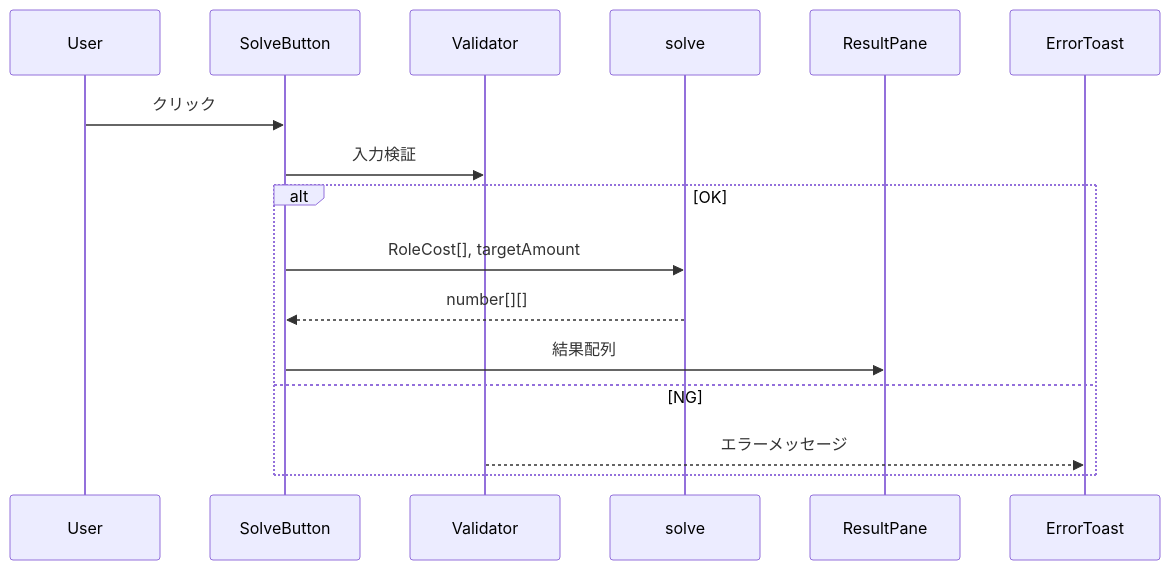
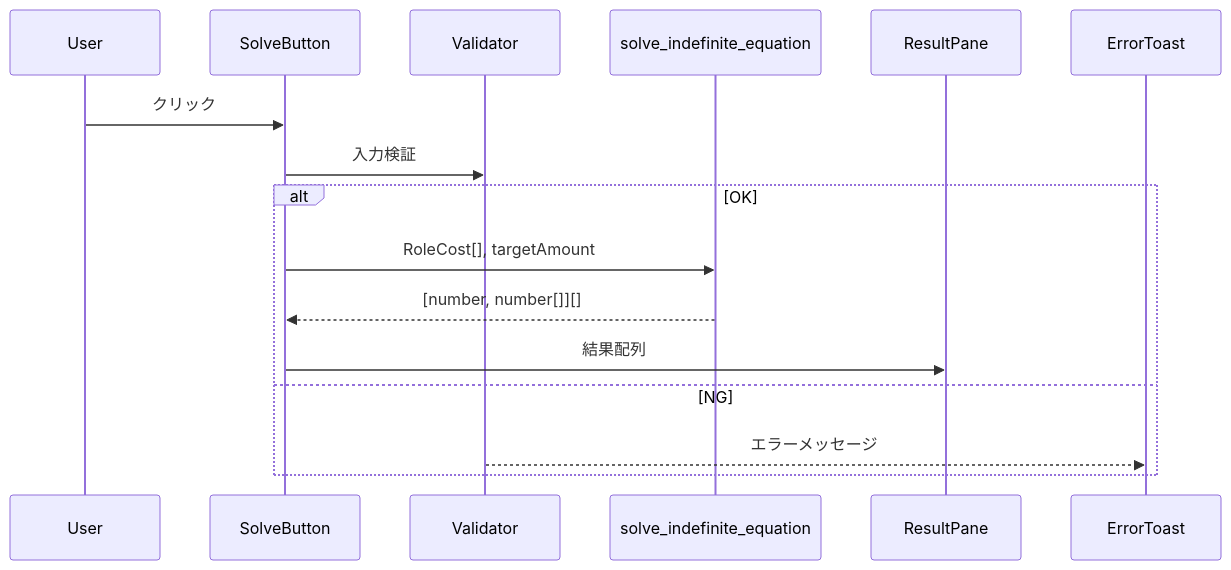
Before and after one commit to mist-mystery/personal-cost: the diagram in doc/技術仕様.md, drawn with Mermaid. The commit also changed other lines of this file and 10 other files, not shown here.

````diff
--- a/doc/技術仕様.md
+++ b/doc/技術仕様.md
@@ -86,12 +90,12 @@
 ```mermaid
 sequenceDiagram
   User->>SolveButton: クリック
   SolveButton->>Validator: 入力検証
   alt OK
-    SolveButton->>solve: RoleCost[], targetAmount
-    solve-->>SolveButton: number[][]
+    SolveButton->>solve_indefinite_equation: RoleCost[], targetAmount
+    solve_indefinite_equation-->>SolveButton: [number, number[]][]
     SolveButton->>ResultPane: 結果配列
   else NG
     Validator-->>ErrorToast: エラーメッセージ
   end
 ```
````
